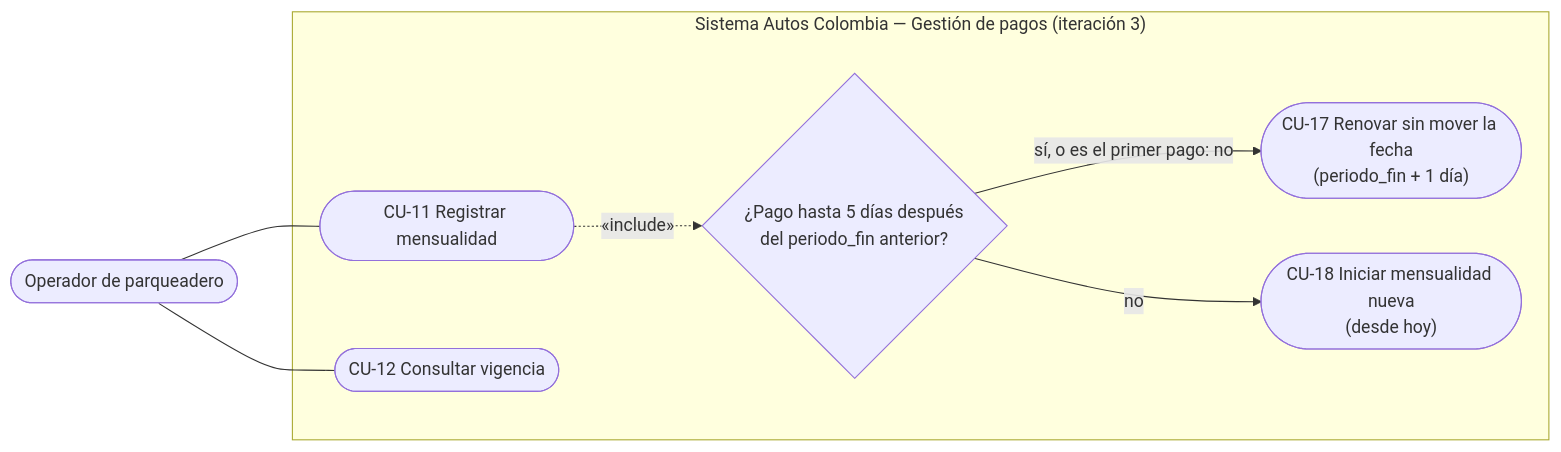
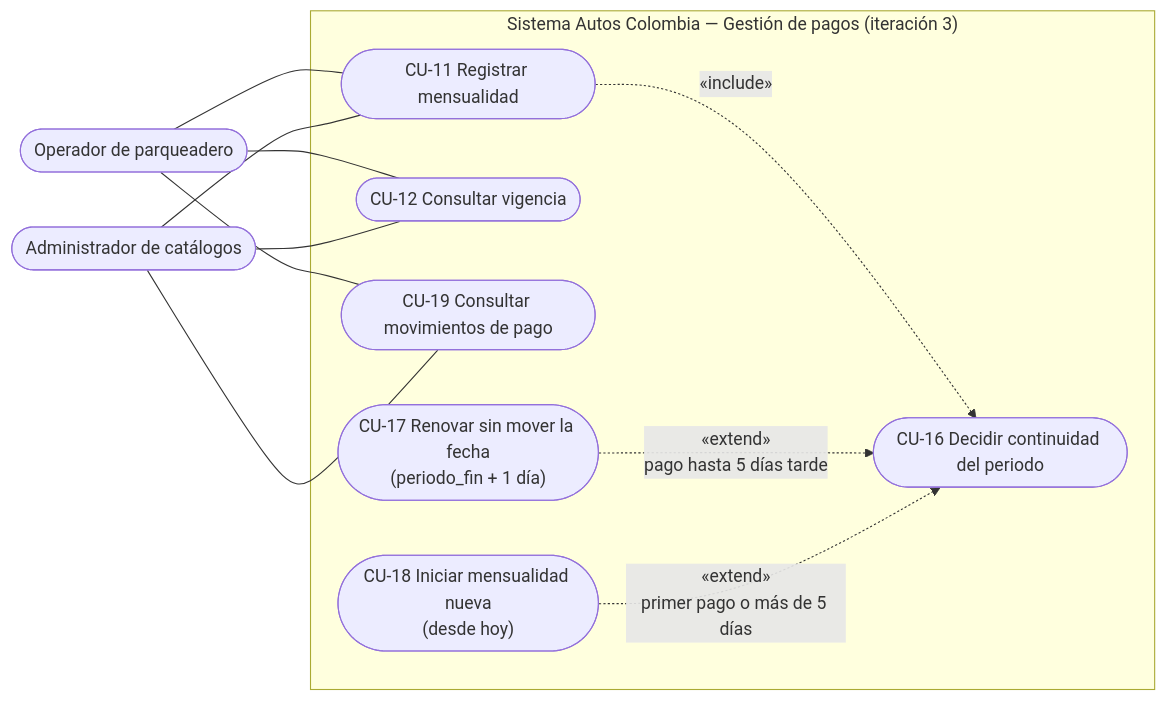
One commit to DanCarCo/AutosColombia changed the third of 14 diagrams in docs/04-diagramas.md. Above: the diagram before and after it, drawn with Mermaid. The commit also changed other lines of this file and 49 other files, not shown here.

````diff
--- a/docs/04-diagramas.md
+++ b/docs/04-diagramas.md
@@ -86,16 +87,26 @@
 ```mermaid
 flowchart LR
     op(["Operador de parqueadero"])
+    ad(["Administrador de catálogos"])
     subgraph Sistema["Sistema Autos Colombia — Gestión de pagos (iteración 3)"]
         cu11(["CU-11 Registrar mensualidad"])
         cu12(["CU-12 Consultar vigencia"])
-        cu16{"¿Pago hasta 5 días después\ndel periodo_fin anterior?"}
-        cu17(["CU-17 Renovar sin mover la fecha\n(periodo_fin + 1 día)"])
-        cu18(["CU-18 Iniciar mensualidad nueva\n(desde hoy)"])
+        cu19(["CU-19 Consultar movimientos de pago"])
+        cu16(["CU-16 Decidir continuidad del periodo"])
+        cu17(["CU-17 Renovar sin mover la fecha
+(periodo_fin + 1 día)"])
+        cu18(["CU-18 Iniciar mensualidad nueva
+(desde hoy)"])
     end
     op --- cu11
     op --- cu12
+    op --- cu19
+    ad --- cu11
+    ad --- cu12
+    ad --- cu19
     cu11 -. "«include»" .-> cu16
-    cu16 -- "sí, o es el primer pago: no" --> cu17
-    cu16 -- "no" --> cu18
+    cu17 -. "«extend»
+pago hasta 5 días tarde" .-> cu16
+    cu18 -. "«extend»
+primer pago o más de 5 días" .-> cu16
 ```
````
